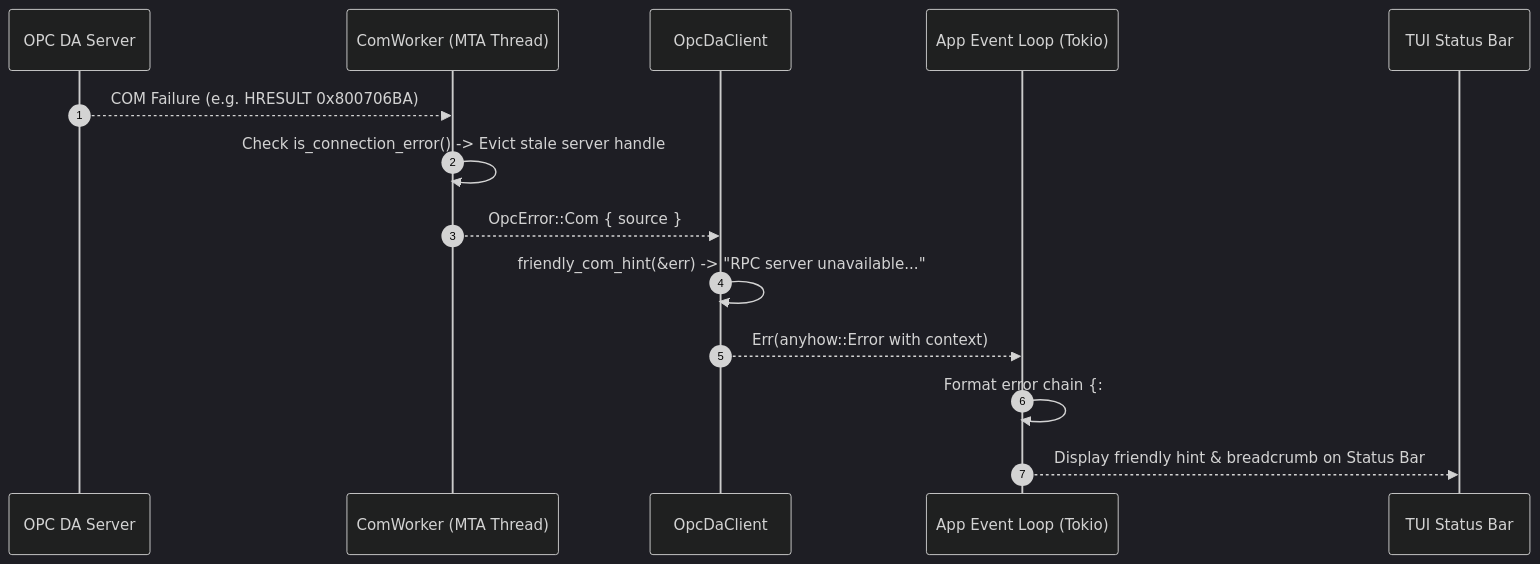
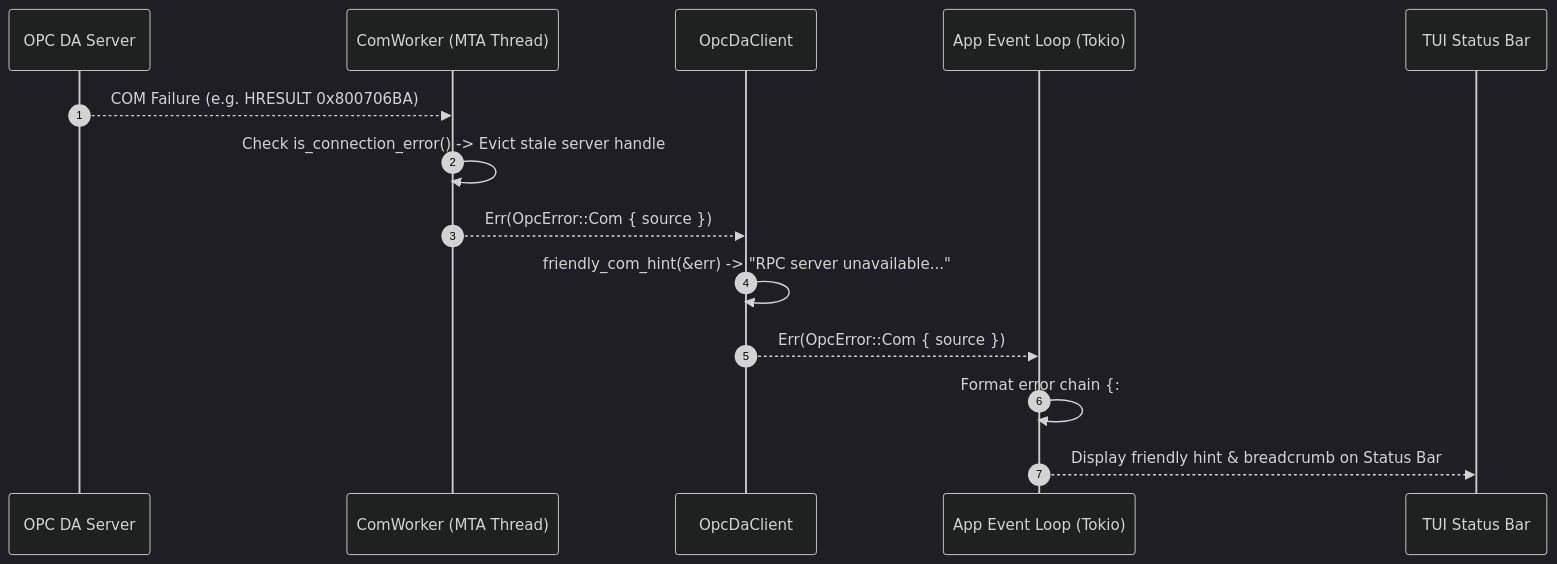
One commit to wends155/opc-cli changed the third of 3 diagrams in architecture.md. Above: the diagram before and after it, drawn with Mermaid (dark theme). The commit also changed other lines of this file and 2 other files, not shown here.

Commit message:
docs: synchronize architecture specifications with active codebase

````diff
--- a/architecture.md
+++ b/architecture.md
@@ -280,17 +281,17 @@
 ```mermaid
 sequenceDiagram
     autonumber
     participant Server as OPC DA Server
     participant Worker as ComWorker (MTA Thread)
     participant Client as OpcDaClient
     participant App as App Event Loop (Tokio)
     participant UI as TUI Status Bar
 
     Server-->>Worker: COM Failure (e.g. HRESULT 0x800706BA)
     Worker->>Worker: Check is_connection_error() -> Evict stale server handle
-    Worker-->>Client: OpcError::Com { source }
+    Worker-->>Client: Err(OpcError::Com { source })
     Client->>Client: friendly_com_hint(&err) -> "RPC server unavailable..."
-    Client-->>App: Err(anyhow::Error with context)
+    Client-->>App: Err(OpcError::Com { source })
     App->>App: Format error chain {:#}
     App-->>UI: Display friendly hint & breadcrumb on Status Bar
 ```
````
